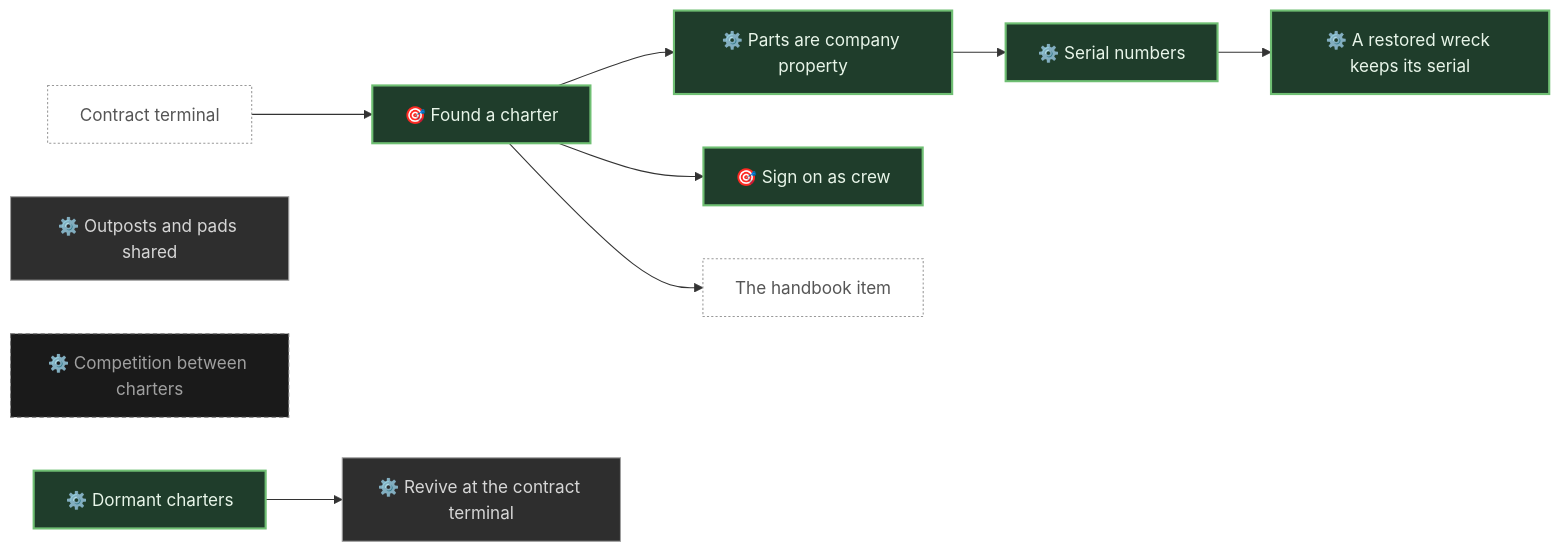
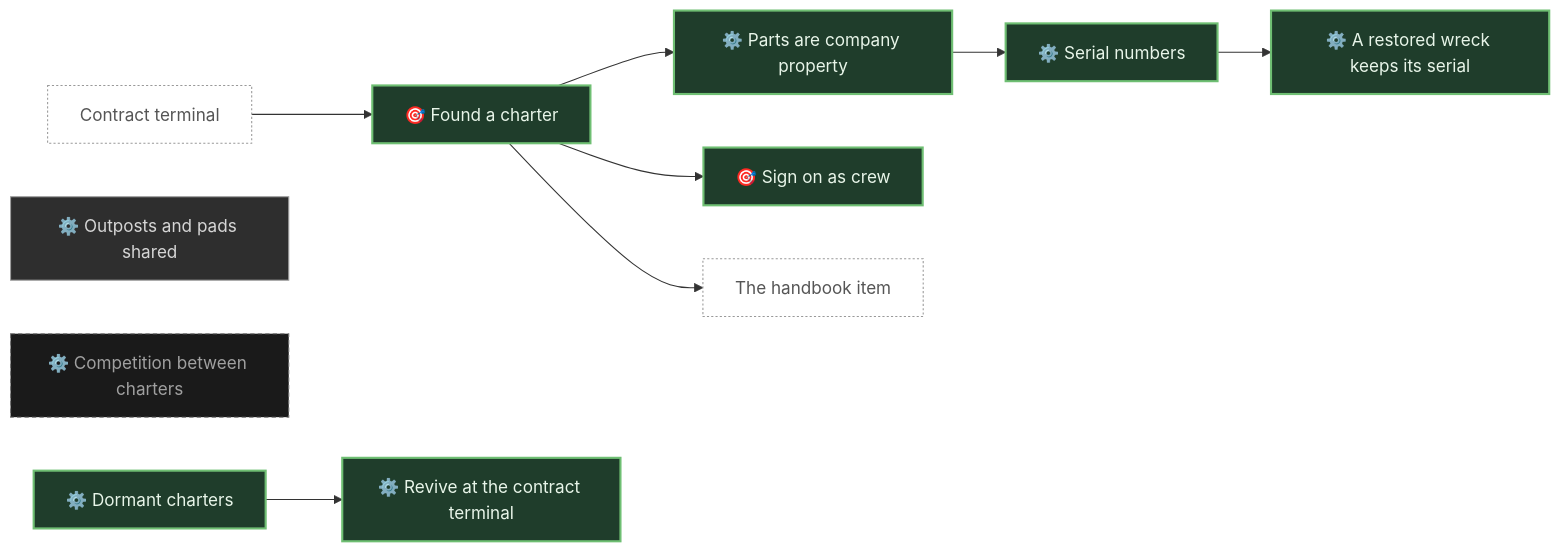
Before and after one commit to pkeppeler/deepcharter: diagram 26 of 30 in docs/FEATURE-MAP.md, drawn with Mermaid. The commit also changed other lines of this file and 5 other files, not shown here.

````diff
--- a/docs/FEATURE-MAP.md
+++ b/docs/FEATURE-MAP.md
@@ -1410,30 +1409,30 @@
 ```mermaid
 flowchart LR
   n_found_charter["🎯 Found a charter"]
   n_company_parts["⚙️ Parts are company property"]
   n_sign_on["🎯 Sign on as crew"]
   n_dormant_charters["⚙️ Dormant charters"]
   n_serials["⚙️ Serial numbers"]
   n_revive_at_terminal["⚙️ Revive at the contract terminal"]
   n_wreck_keeps_serial["⚙️ A restored wreck keeps its serial"]
   n_share_outposts["⚙️ Outposts and pads shared"]
   n_charter_competition["⚙️ Competition between charters"]
   n_contract_terminal["Contract terminal"]
   n_handbook_item["The handbook item"]
   n_company_parts --> n_serials
   n_contract_terminal --> n_found_charter
   n_dormant_charters --> n_revive_at_terminal
   n_found_charter --> n_company_parts
   n_found_charter --> n_handbook_item
   n_found_charter --> n_sign_on
   n_serials --> n_wreck_keeps_serial
   classDef built fill:#1f3d2b,stroke:#6fbf73,stroke-width:2px,color:#e8f5e9
   classDef progress fill:#4a3a10,stroke:#f0b429,stroke-width:2px,color:#fff3d6
   classDef planned fill:#2e2e2e,stroke:#9e9e9e,stroke-width:1px,color:#d6d6d6
   classDef idea fill:#1a1a1a,stroke:#757575,stroke-width:1px,stroke-dasharray:4 3,color:#a0a0a0
   classDef ext fill:#ffffff,stroke:#999999,stroke-width:1px,stroke-dasharray:2 2,color:#555555
-  class n_found_charter,n_company_parts,n_sign_on,n_dormant_charters,n_serials,n_wreck_keeps_serial built
-  class n_revive_at_terminal,n_share_outposts planned
+  class n_found_charter,n_company_parts,n_sign_on,n_dormant_charters,n_serials,n_revive_at_terminal,n_wreck_keeps_serial built
+  class n_share_outposts planned
   class n_charter_competition idea
   class n_contract_terminal,n_handbook_item ext
 ```
````
